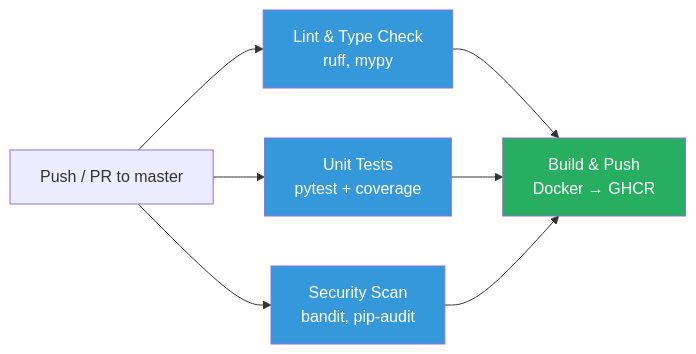
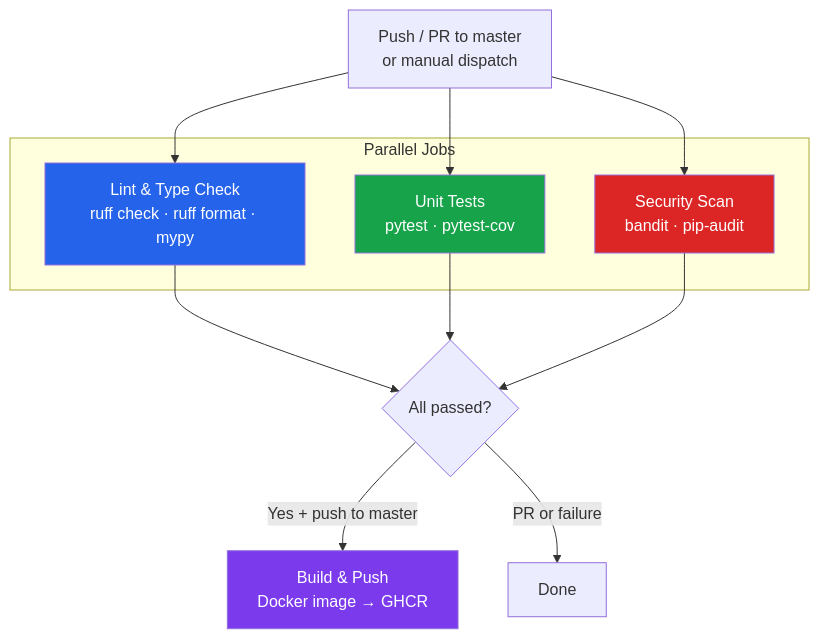
The sixth of 6 diagrams in docs/architecture/architecture.md (Airlectric/Amalitech_CI-CD-and-Workflow-Automation_Mini-Data-Mart), drawn with Mermaid before and after one commit. The commit also changed other lines of this file and 26 other files, not shown here.

````diff
--- a/docs/architecture/architecture.md
+++ b/docs/architecture/architecture.md
@@ -270,12 +270,26 @@
 ```mermaid
-flowchart LR
-    Push["Push / PR to master"] --> Lint["Lint & Type Check<br/>ruff, mypy"]
-    Push --> Unit["Unit Tests<br/>pytest + coverage"]
-    Push --> Security["Security Scan<br/>bandit, pip-audit"]
-    Lint & Unit & Security --> Build["Build & Push<br/>Docker → GHCR"]
+flowchart TD
+    Trigger["Push / PR to master<br/>or manual dispatch"]
 
-    style Lint fill:#3498DB,color:#fff
-    style Unit fill:#3498DB,color:#fff
-    style Security fill:#3498DB,color:#fff
-    style Build fill:#27AE60,color:#fff
+    Trigger --> Lint
+    Trigger --> Tests
+    Trigger --> Security
+
+    subgraph Parallel["Parallel Jobs"]
+        Lint["Lint & Type Check<br/>ruff check · ruff format · mypy"]
+        Tests["Unit Tests<br/>pytest · pytest-cov"]
+        Security["Security Scan<br/>bandit · pip-audit"]
+    end
+
+    Lint --> Gate{All passed?}
+    Tests --> Gate
+    Security --> Gate
+
+    Gate -->|Yes + push to master| Build["Build & Push<br/>Docker image → GHCR"]
+    Gate -->|PR or failure| Stop["Done"]
+
+    style Lint fill:#2563eb,color:#fff
+    style Tests fill:#16a34a,color:#fff
+    style Security fill:#dc2626,color:#fff
+    style Build fill:#7c3aed,color:#fff
 ```
````
